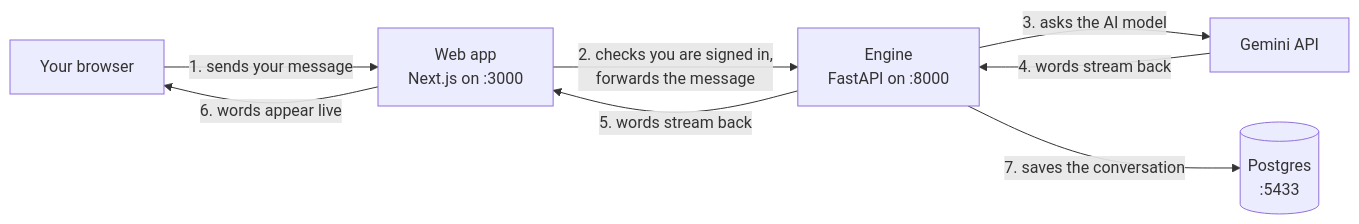
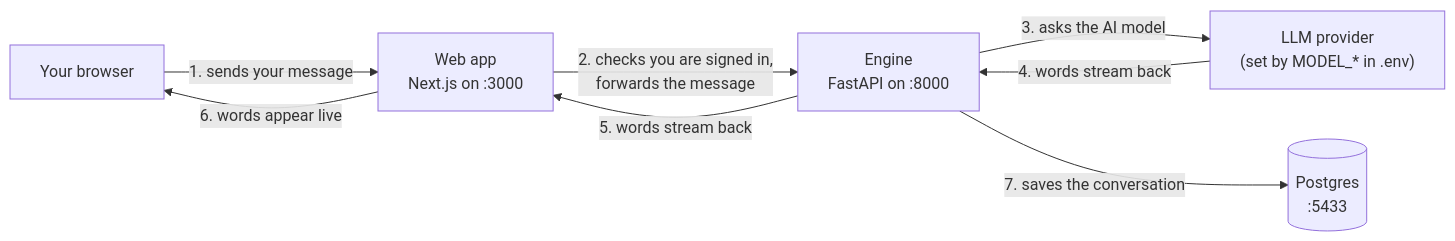
One commit to aayushraj1425/automated-software-engineering-team changed the first of 2 diagrams in docs/HOW_IT_WORKS.md. Above: the diagram before and after it, drawn with Mermaid. The commit also changed other lines of this file and 9 other files, not shown here.

Commit message:
docs: rewrite README and add top-level guides (getting-started, architecture, development, api, development, and troubleshooting)

````diff
--- a/docs/HOW_IT_WORKS.md
+++ b/docs/HOW_IT_WORKS.md
@@ -14,10 +15,10 @@
 ```mermaid
 flowchart LR
     B[Your browser] -->|1. sends your message| W["Web app<br/>Next.js on :3000"]
     W -->|2. checks you are signed in,<br/>forwards the message| E["Engine<br/>FastAPI on :8000"]
-    E -->|3. asks the AI model| L["Gemini API"]
+    E -->|3. asks the AI model| L["LLM provider<br/>(set by MODEL_* in .env)"]
     L -->|4. words stream back| E
     E -->|5. words stream back| W
     W -->|6. words appear live| B
     E -->|7. saves the conversation| P[("Postgres<br/>:5433")]
 ```
````
